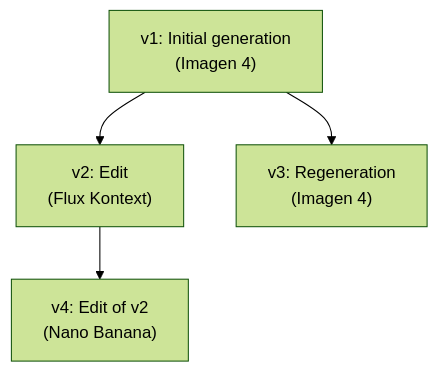
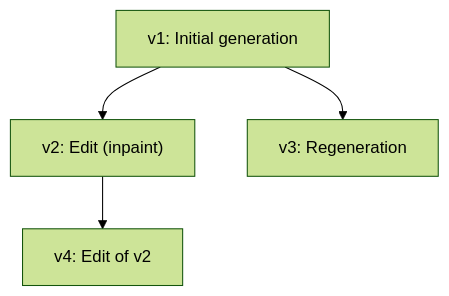
Before and after one commit to alexanderwanyoike/showbiz: the fourth of 4 diagrams in docs/architecture.md, drawn with Mermaid (forest theme). The commit also changed other lines of this file and 7 other files, not shown here.

````diff
--- a/docs/architecture.md
+++ b/docs/architecture.md
@@ -177,11 +154,11 @@
 ```mermaid
 graph TD
-    V1["v1: Initial generation<br/>(Imagen 4)"]
-    V2["v2: Edit<br/>(Flux Kontext)"]
-    V3["v3: Regeneration<br/>(Imagen 4)"]
-    V4["v4: Edit of v2<br/>(Nano Banana)"]
+    V1["v1: Initial generation"]
+    V2["v2: Edit (inpaint)"]
+    V3["v3: Regeneration"]
+    V4["v4: Edit of v2"]
 
     V1 --> V2
     V1 --> V3
     V2 --> V4
 ```
````
